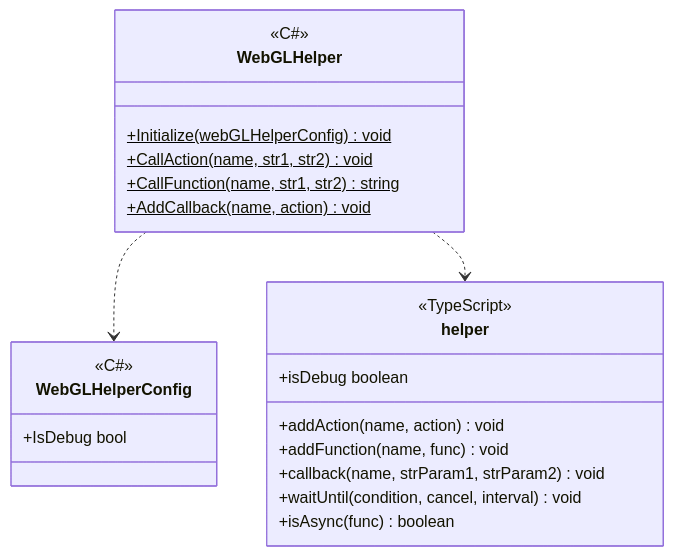
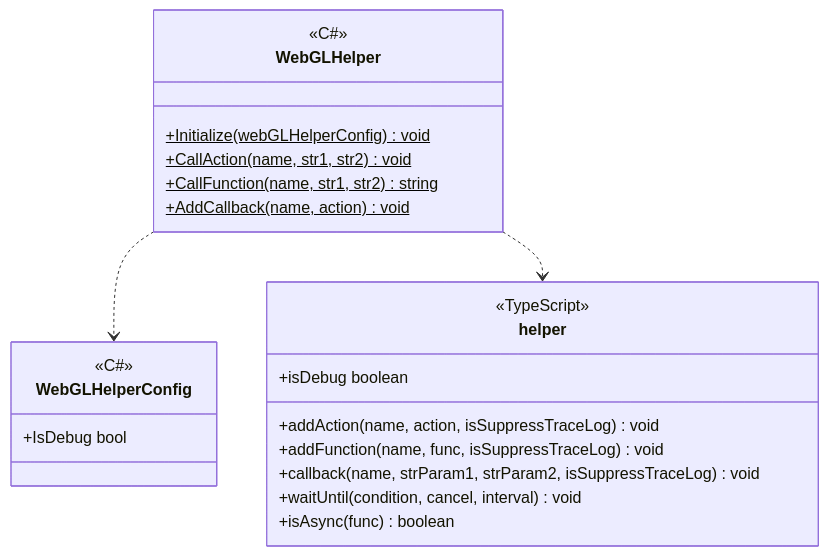
Before and after one commit to extreal-dev/Extreal.Guide: the first of 3 diagrams in docs/integration/web.common.md, drawn with Mermaid. The commit also changed other lines of this file and 3 other files, not shown here.

````diff
--- a/docs/integration/web.common.md
+++ b/docs/integration/web.common.md
@@ -22,29 +23,29 @@
 ```mermaid
 classDiagram
 
     WebGLHelper ..> WebGLHelperConfig
     WebGLHelper ..> helper
 
     class WebGLHelper {
         <<C#>>
         +Initialize(webGLHelperConfig)$ void
         +CallAction(name, str1, str2)$ void
         +CallFunction(name, str1, str2)$ string
         +AddCallback(name, action)$ void
     }
     
     class WebGLHelperConfig {
         <<C#>>
         +IsDebug bool
     }
 
     class helper {
         <<TypeScript>>
-        +addAction(name, action) void
-        +addFunction(name, func) void
-        +callback(name, strParam1, strParam2) void
+        +addAction(name, action, isSuppressTraceLog) void
+        +addFunction(name, func, isSuppressTraceLog) void
+        +callback(name, strParam1, strParam2, isSuppressTraceLog) void
         +isDebug boolean
         +waitUntil(condition, cancel, interval) void
         +isAsync(func) boolean
     }
 ```
````
